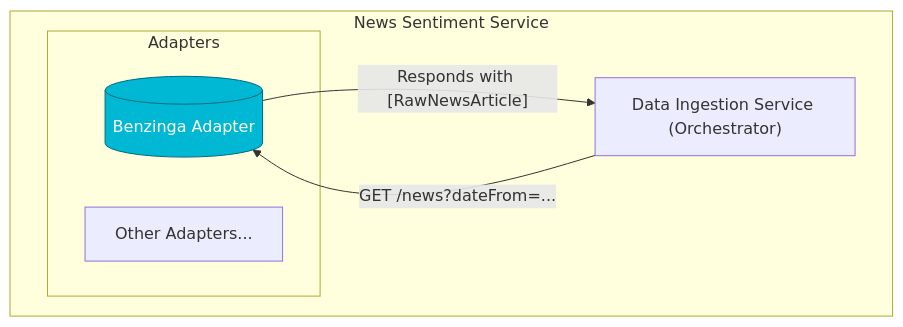
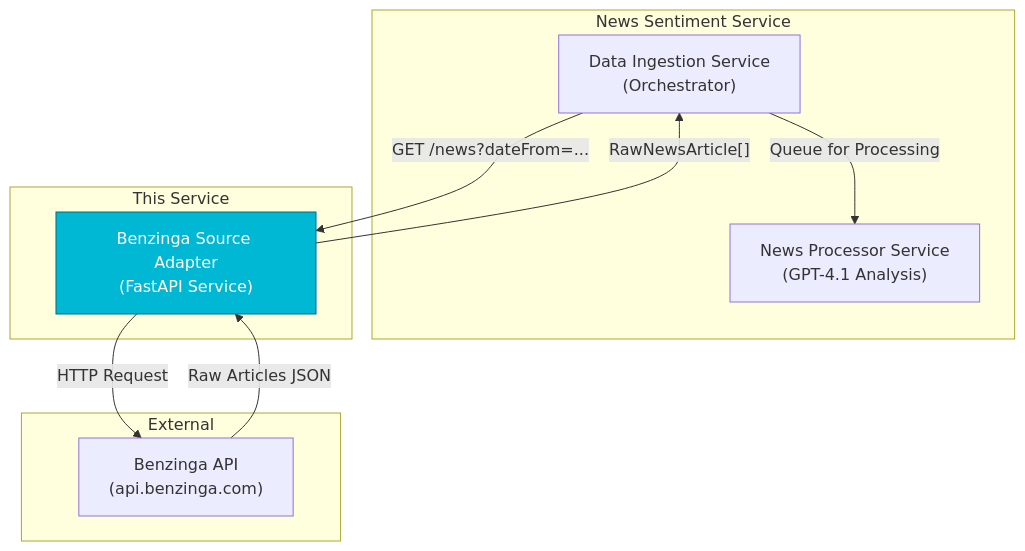
One commit to vladavilov/playground changed the diagram in risk-analytics-agent/src/news_sentiment_service/data_ingestion/adapters/benzinga_adapter/README.md. Above: the diagram before and after it, drawn with Mermaid. The commit also changed other lines of this file and 29 other files, not shown here.

````diff
--- a/risk-analytics-agent/src/news_sentiment_service/data_ingestion/adapters/benzinga_adapter/README.md
+++ b/risk-analytics-agent/src/news_sentiment_service/data_ingestion/adapters/benzinga_adapter/README.md
@@ -15,15 +15,23 @@
 ```mermaid
 graph TD
     subgraph "News Sentiment Service"
-        DIS["Data Ingestion Service (Orchestrator)"]
-        subgraph "Adapters"
-            BA[("Benzinga Adapter")]
-            OtherAdapters["Other Adapters..."]
-        end
+        DIS["Data Ingestion Service<br/>(Orchestrator)"]
+        NPS["News Processor Service<br/>(GPT-4.1 Analysis)"]
+    end
+    
+    subgraph "External"
+        BA["Benzinga API<br/>(api.benzinga.com)"]
+    end
+    
+    subgraph "This Service"
+        BSA["Benzinga Source Adapter<br/>(FastAPI Service)"]
     end
 
-    DIS -- "GET /news?dateFrom=..." --> BA
-    BA -- "Responds with [RawNewsArticle]" --> DIS
+    DIS -- "GET /news?dateFrom=..." --> BSA
+    BSA -- "HTTP Request" --> BA
+    BA -- "Raw Articles JSON" --> BSA
+    BSA -- "RawNewsArticle[]" --> DIS
+    DIS -- "Queue for Processing" --> NPS
 
-    style BA fill:#00b8d4,stroke:#006c7e,color:#fff
+    style BSA fill:#00b8d4,stroke:#006c7e,color:#fff
 ```
````
